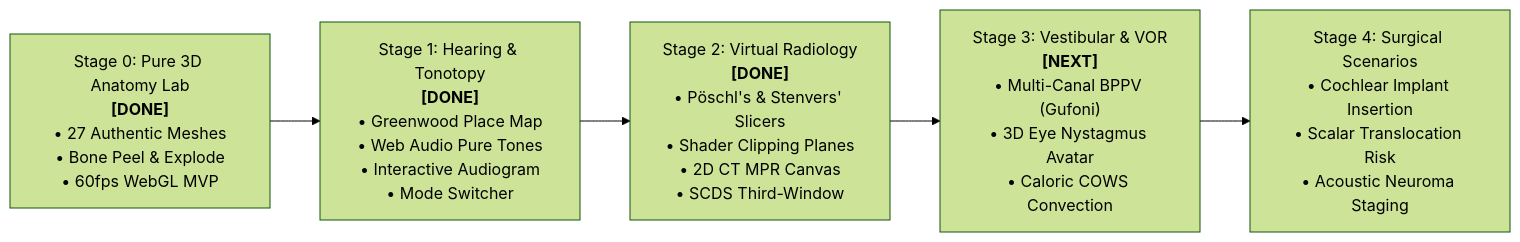
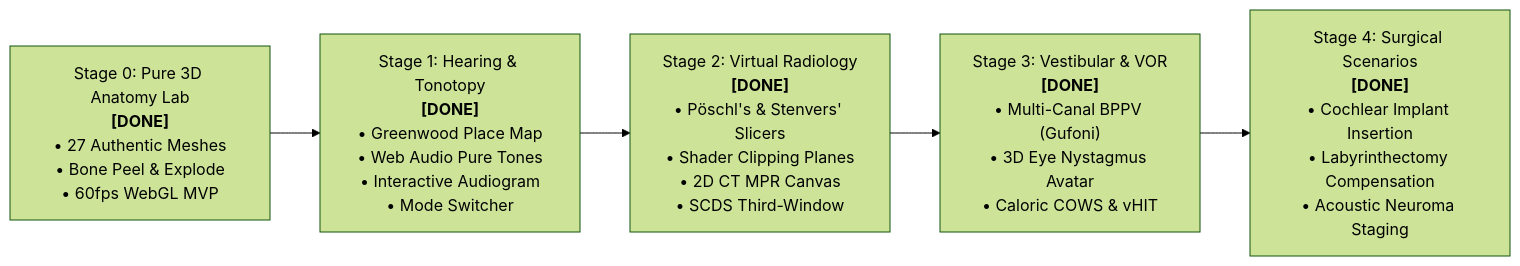
One commit to UMCai/inner-ear-3d-lab changed the diagram in ROADMAP.md. Above: the diagram before and after it, drawn with Mermaid (forest theme). The commit also changed other lines of this file and 47 other files, not shown here.

Commit message:
feat(vestibular & surgical): audit fixes, diagnostic vestibular engine, and surgical simulation suites

````diff
--- a/ROADMAP.md
+++ b/ROADMAP.md
@@ -11,8 +11,8 @@
 ```mermaid
 flowchart LR
     S0["Stage 0: Pure 3D Anatomy Lab<br/><b>[DONE]</b><br/>• 27 Authentic Meshes<br/>• Bone Peel & Explode<br/>• 60fps WebGL MVP"] 
     --> S1["Stage 1: Hearing & Tonotopy<br/><b>[DONE]</b><br/>• Greenwood Place Map<br/>• Web Audio Pure Tones<br/>• Interactive Audiogram<br/>• Mode Switcher"]
     --> S2["Stage 2: Virtual Radiology<br/><b>[DONE]</b><br/>• Pöschl's & Stenvers' Slicers<br/>• Shader Clipping Planes<br/>• 2D CT MPR Canvas<br/>• SCDS Third-Window"]
-    --> S3["Stage 3: Vestibular & VOR<br/><b>[NEXT]</b><br/>• Multi-Canal BPPV (Gufoni)<br/>• 3D Eye Nystagmus Avatar<br/>• Caloric COWS Convection"]
-    --> S4["Stage 4: Surgical Scenarios<br/>• Cochlear Implant Insertion<br/>• Scalar Translocation Risk<br/>• Acoustic Neuroma Staging"]
+    --> S3["Stage 3: Vestibular & VOR<br/><b>[DONE]</b><br/>• Multi-Canal BPPV (Gufoni)<br/>• 3D Eye Nystagmus Avatar<br/>• Caloric COWS & vHIT"]
+    --> S4["Stage 4: Surgical Scenarios<br/><b>[DONE]</b><br/>• Cochlear Implant Insertion<br/>• Labyrinthectomy Compensation<br/>• Acoustic Neuroma Staging"]
 ```
````
